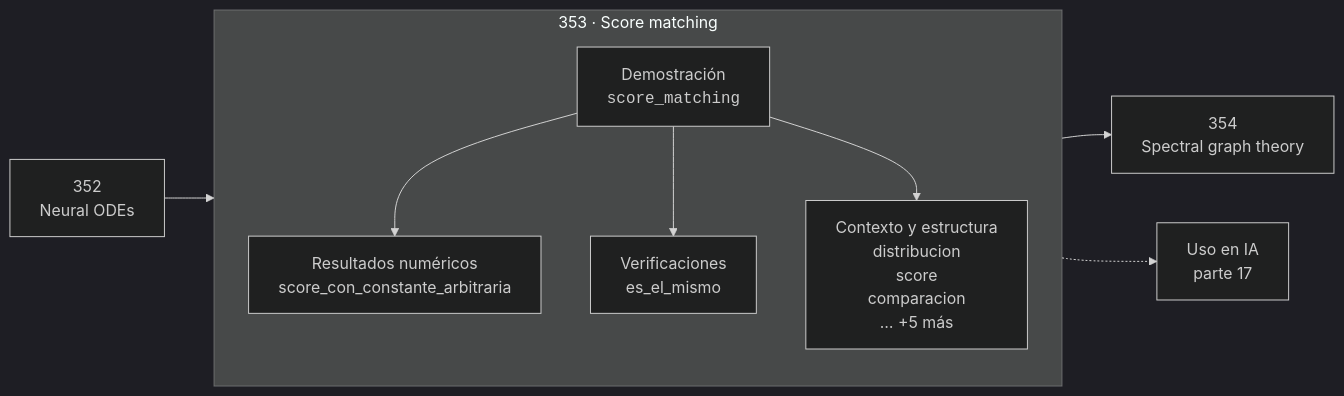
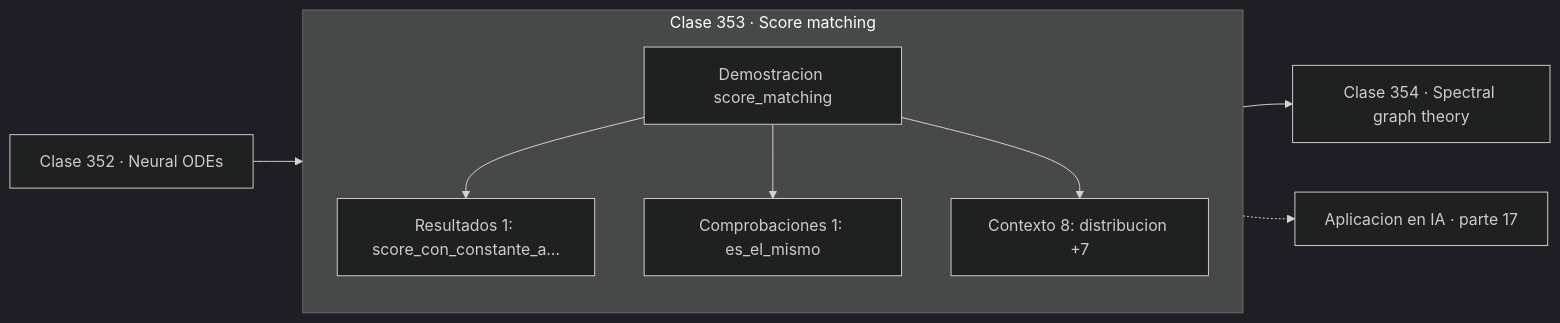
One commit to vladimiracunadev-create/computational-mathematics-program changed the diagram in classes/part-17-frontera-matematica-para-ia-e-investigacion/353-score-matching/README.md. Above: the diagram before and after it, drawn with Mermaid (dark theme). The commit also changed 389 other files, not shown here.

First line of the commit message:
fix(diagramas): elimina el HTML de las etiquetas Mermaid

````diff
--- a/classes/part-17-frontera-matematica-para-ia-e-investigacion/353-score-matching/README.md
+++ b/classes/part-17-frontera-matematica-para-ia-e-investigacion/353-score-matching/README.md
@@ -30,12 +30,13 @@
 ```mermaid
 flowchart LR
-    P["352<br/>Neural ODEs"] --> C
-    subgraph C["353 · Score matching"]
+    P["Clase 352 · Neural ODEs"] --> D
+    subgraph CLASE["Clase 353 · Score matching"]
         direction TB
-        D["Demostración<br/><code>score_matching</code>"] --> R["Resultados numéricos<br/>score_con_constante_arbitraria"]
-        D --> V["Verificaciones<br/>es_el_mismo"]
-        D --> O["Contexto y estructura<br/>distribucion<br/>score<br/>comparacion<br/>… +5 más"]
+        D["Demostracion score_matching"]
+        D --> R["Resultados 1: score_con_constante_a…"]
+        D --> V["Comprobaciones 1: es_el_mismo"]
+        D --> O["Contexto 8: distribucion +7"]
     end
-    C --> N["354<br/>Spectral graph theory"]
-    C -.-> IA["Uso en IA<br/>parte 17"]
+    R --> N["Clase 354 · Spectral graph theory"]
+    V -.-> IA["Aplicacion en IA · parte 17"]
 ```
````
